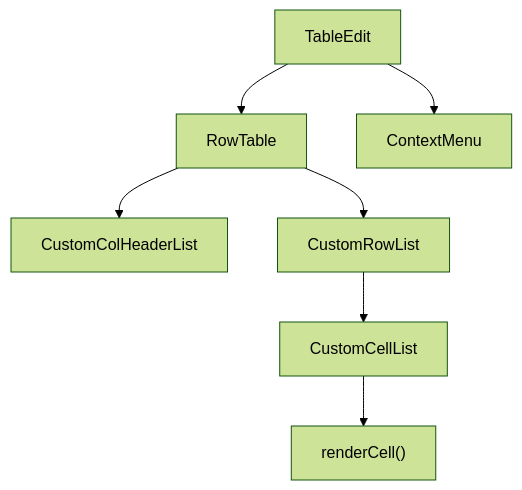
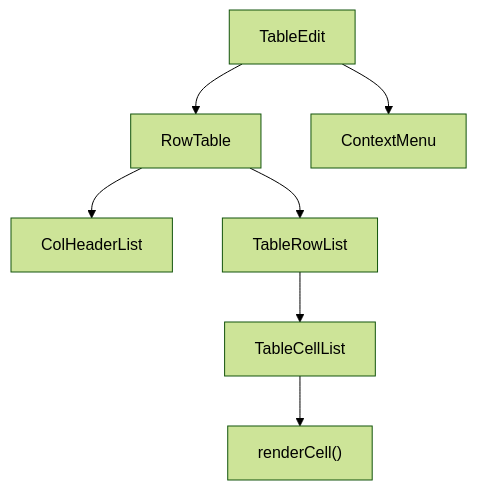
The first of 3 diagrams in README.md (SebastianBaltes/customtable), drawn with Mermaid (forest theme) before and after one commit. The commit also changed other lines of this file, not shown here.

Commit message:
Fix remaining Custom* references in README

````diff
--- a/README.md
+++ b/README.md
@@ -276,17 +276,17 @@
 ```mermaid
 flowchart TD
   CT["TableEdit"]
   RT["RowTable"]
-  CCH["CustomColHeaderList"]
-  CR["CustomRowList"]
-  CC["CustomCellList"]
+  CCH["ColHeaderList"]
+  CR["TableRowList"]
+  CC["TableCellList"]
   RC["renderCell()"]
   CM["ContextMenu"]
 
   CT --> RT
   RT --> CCH
   RT --> CR
   CR --> CC
   CC --> RC
   CT --> CM
 ```
````
